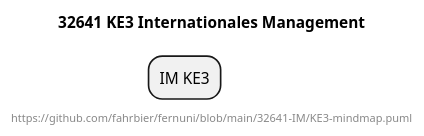
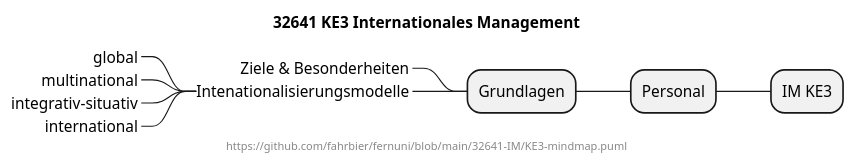
The diagram in 32641-IM/KE3-mindmap.puml (fahrbier/fernuni), drawn with PlantUML before and after one commit.

```diff
--- a/32641-IM/KE3-mindmap.puml
+++ b/32641-IM/KE3-mindmap.puml
@@ -1,7 +1,15 @@
 @startmindmap
 title 32641 KE3 Internationales Management
 center footer https://github.com/fahrbier/fernuni/blob/main/32641-IM/KE3-mindmap.puml
 
 + IM KE3
+-- Personal
+--- Grundlagen
+----_ Ziele & Besonderheiten
+----_ Intenationalisierungsmodelle
+-----_ global
+-----_ multinational
+-----_ integrativ-situativ
+-----_ international
 
 @endmindmap
```
